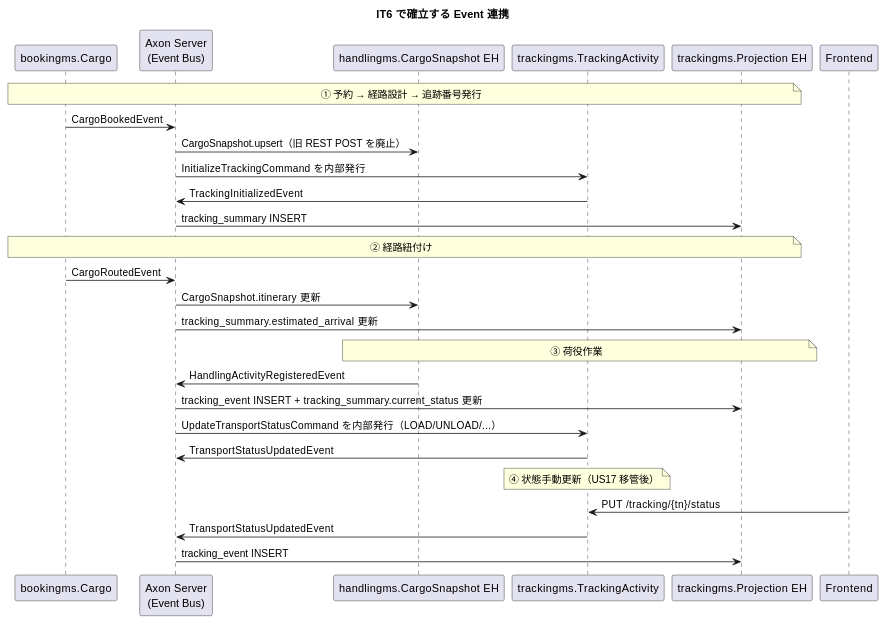
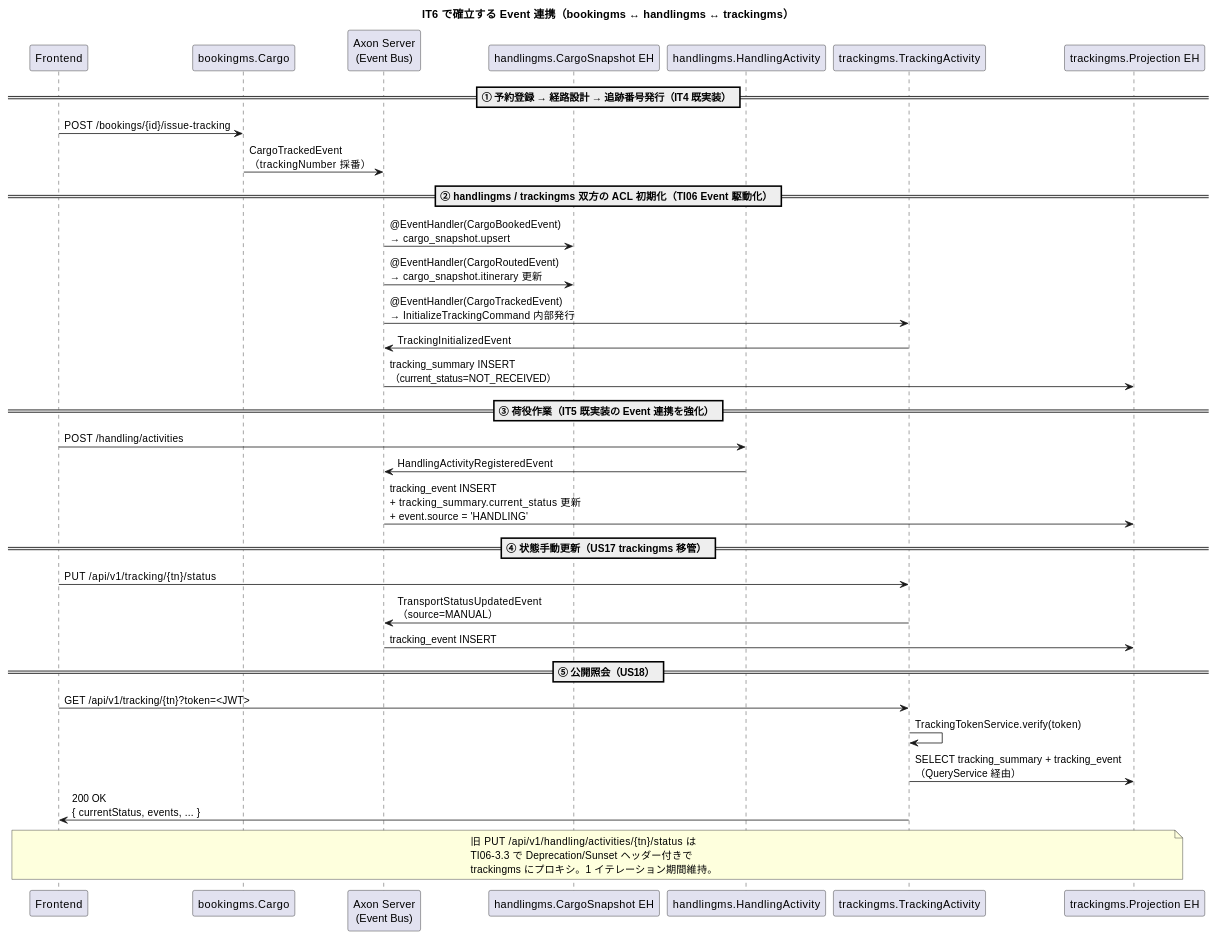
Before and after one commit to k2works/case-study-cargo-tracker: the fifth of 10 diagrams in docs/development/iteration_plan-6.md, drawn with PlantUML. The commit also changed other lines of this file, not shown here.

````diff
--- a/docs/development/iteration_plan-6.md
+++ b/docs/development/iteration_plan-6.md
@@ -301,34 +412,46 @@
 ```plantuml
 @startuml
-title IT6 で確立する Event 連携
+title IT6 で確立する Event 連携（bookingms ↔ handlingms ↔ trackingms）
 
+participant "Frontend" as F
 participant "bookingms.Cargo" as B
 participant "Axon Server\n(Event Bus)" as AS
-participant "handlingms.CargoSnapshot EH" as H
+participant "handlingms.CargoSnapshot EH" as HS
+participant "handlingms.HandlingActivity" as HA
 participant "trackingms.TrackingActivity" as T
 participant "trackingms.Projection EH" as TP
 
-note over B,TP: ① 予約 → 経路設計 → 追跡番号発行
-B -> AS : CargoBookedEvent
-AS -> H : CargoSnapshot.upsert（旧 REST POST を廃止）
-AS -> T : InitializeTrackingCommand を内部発行
+== ① 予約登録 → 経路設計 → 追跡番号発行（IT4 既実装） ==
+F -> B : POST /bookings/{id}/issue-tracking
+B -> AS : CargoTrackedEvent\n（trackingNumber 採番）
+
+== ② handlingms / trackingms 双方の ACL 初期化（TI06 Event 駆動化） ==
+AS -> HS : @EventHandler(CargoBookedEvent)\n→ cargo_snapshot.upsert
+AS -> HS : @EventHandler(CargoRoutedEvent)\n→ cargo_snapshot.itinerary 更新
+AS -> T : @EventHandler(CargoTrackedEvent)\n→ InitializeTrackingCommand 内部発行
 T -> AS : TrackingInitializedEvent
-AS -> TP : tracking_summary INSERT
+AS -> TP : tracking_summary INSERT\n（current_status=NOT_RECEIVED）
 
-note over B,TP: ② 経路紐付け
-B -> AS : CargoRoutedEvent
-AS -> H : CargoSnapshot.itinerary 更新
-AS -> TP : tracking_summary.estimated_arrival 更新
+== ③ 荷役作業（IT5 既実装の Event 連携を強化） ==
+F -> HA : POST /handling/activities
+HA -> AS : HandlingActivityRegisteredEvent
+AS -> TP : tracking_event INSERT\n+ tracking_summary.current_status 更新\n+ event.source = 'HANDLING'
 
-note over H,TP: ③ 荷役作業
-H -> AS : HandlingActivityRegisteredEvent
-AS -> TP : tracking_event INSERT + tracking_summary.current_status 更新
-AS -> T : UpdateTransportStatusCommand を内部発行（LOAD/UNLOAD/...）
-T -> AS : TransportStatusUpdatedEvent
+== ④ 状態手動更新（US17 trackingms 移管） ==
+F -> T : PUT /api/v1/tracking/{tn}/status
+T -> AS : TransportStatusUpdatedEvent\n（source=MANUAL）
+AS -> TP : tracking_event INSERT
 
-note over T: ④ 状態手動更新（US17 移管後）
-"Frontend" -> T : PUT /tracking/{tn}/status
-T -> AS : TransportStatusUpdatedEvent
-AS -> TP : tracking_event INSERT
+== ⑤ 公開照会（US18） ==
+F -> T : GET /api/v1/tracking/{tn}?token=<JWT>
+T -> T : TrackingTokenService.verify(token)
+T -> TP : SELECT tracking_summary + tracking_event\n（QueryService 経由）
+T -> F : 200 OK\n{ currentStatus, events, ... }
+
+note over F,TP
+  旧 PUT /api/v1/handling/activities/{tn}/status は
+  TI06-3.3 で Deprecation/Sunset ヘッダー付きで
+  trackingms にプロキシ。1 イテレーション期間維持。
+end note
 @enduml
 ```
````
